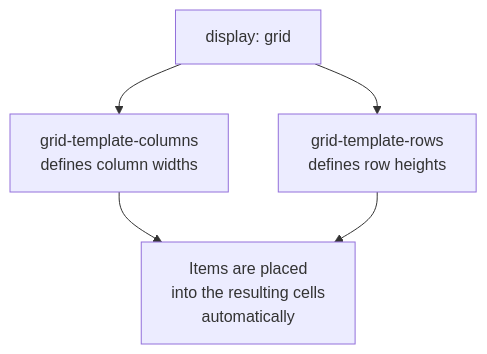
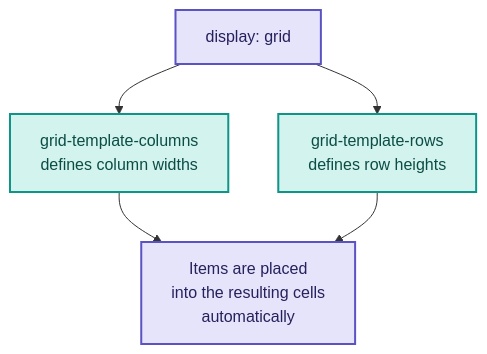
One commit to codewithz/mstap2026 changed the first of 4 diagrams in css-playground/css-explainers/04-css-grid-and-responsive-design.md. Above: the diagram before and after it, drawn with Mermaid. The commit also changed other lines of this file and 2 other files, not shown here.

````diff
--- a/css-playground/css-explainers/04-css-grid-and-responsive-design.md
+++ b/css-playground/css-explainers/04-css-grid-and-responsive-design.md
@@ -21,7 +26,13 @@
 ```mermaid
 flowchart TD
     A["display: grid"] --> B["grid-template-columns<br/>defines column widths"]
     A --> C["grid-template-rows<br/>defines row heights"]
     B --> D["Items are placed<br/>into the resulting cells<br/>automatically"]
     C --> D
+
+    classDef indigo fill:#E6E4FB,stroke:#5B52C4,stroke-width:2px,color:#26215C
+    classDef teal fill:#D3F3EE,stroke:#0F9488,stroke-width:2px,color:#0B4D45
+    class A indigo
+    class B,C teal
+    class D indigo
 ```
````
